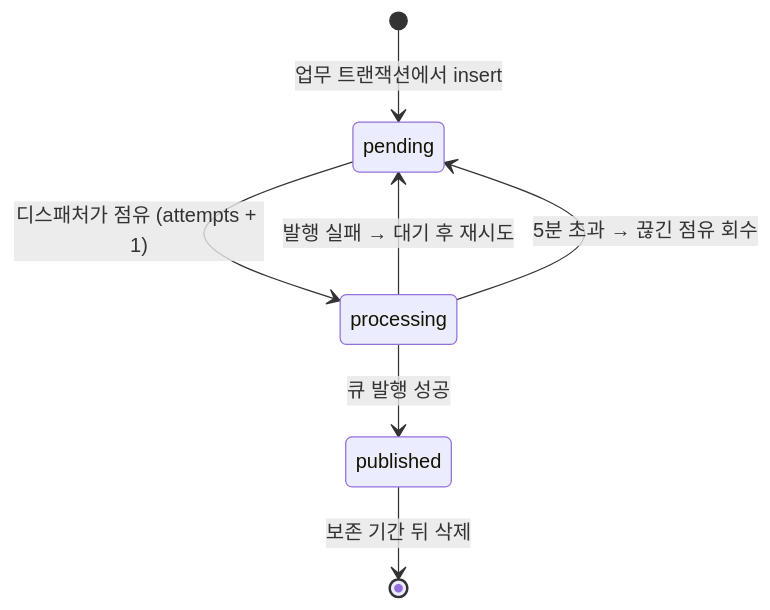
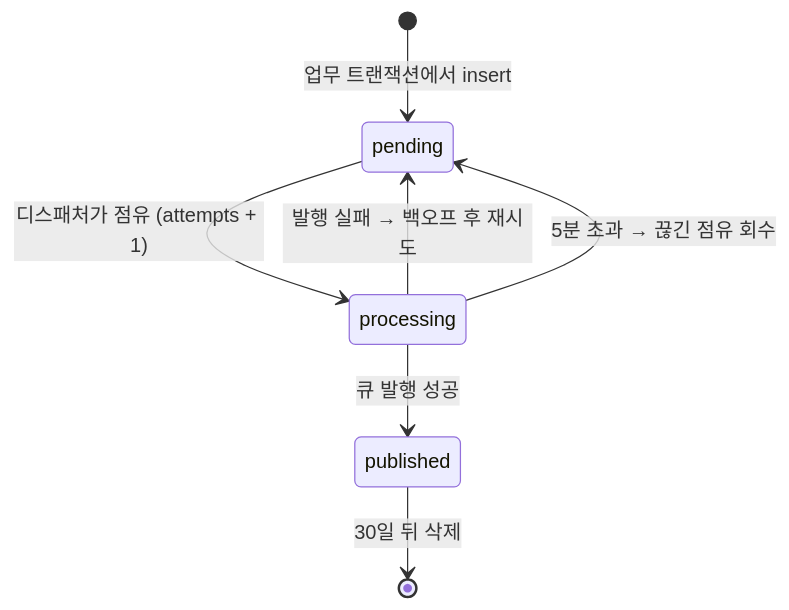
The fourth of 10 diagrams in src/content/post/blog/transactional-outbox.mdx (dydals3440/YOLOG), drawn with Mermaid before and after one commit. The commit also changed other lines of this file, not shown here.

````diff
--- a/src/content/post/blog/transactional-outbox.mdx
+++ b/src/content/post/blog/transactional-outbox.mdx
@@ -213,9 +233,9 @@
 ```mermaid
 stateDiagram-v2
     [*] --> pending: 업무 트랜잭션에서 insert
     pending --> processing: 디스패처가 점유 (attempts + 1)
     processing --> published: 큐 발행 성공
-    processing --> pending: 발행 실패 → 대기 후 재시도
+    processing --> pending: 발행 실패 → 백오프 후 재시도
     processing --> pending: 5분 초과 → 끊긴 점유 회수
-    published --> [*]: 보존 기간 뒤 삭제
+    published --> [*]: 30일 뒤 삭제
 ```
````
